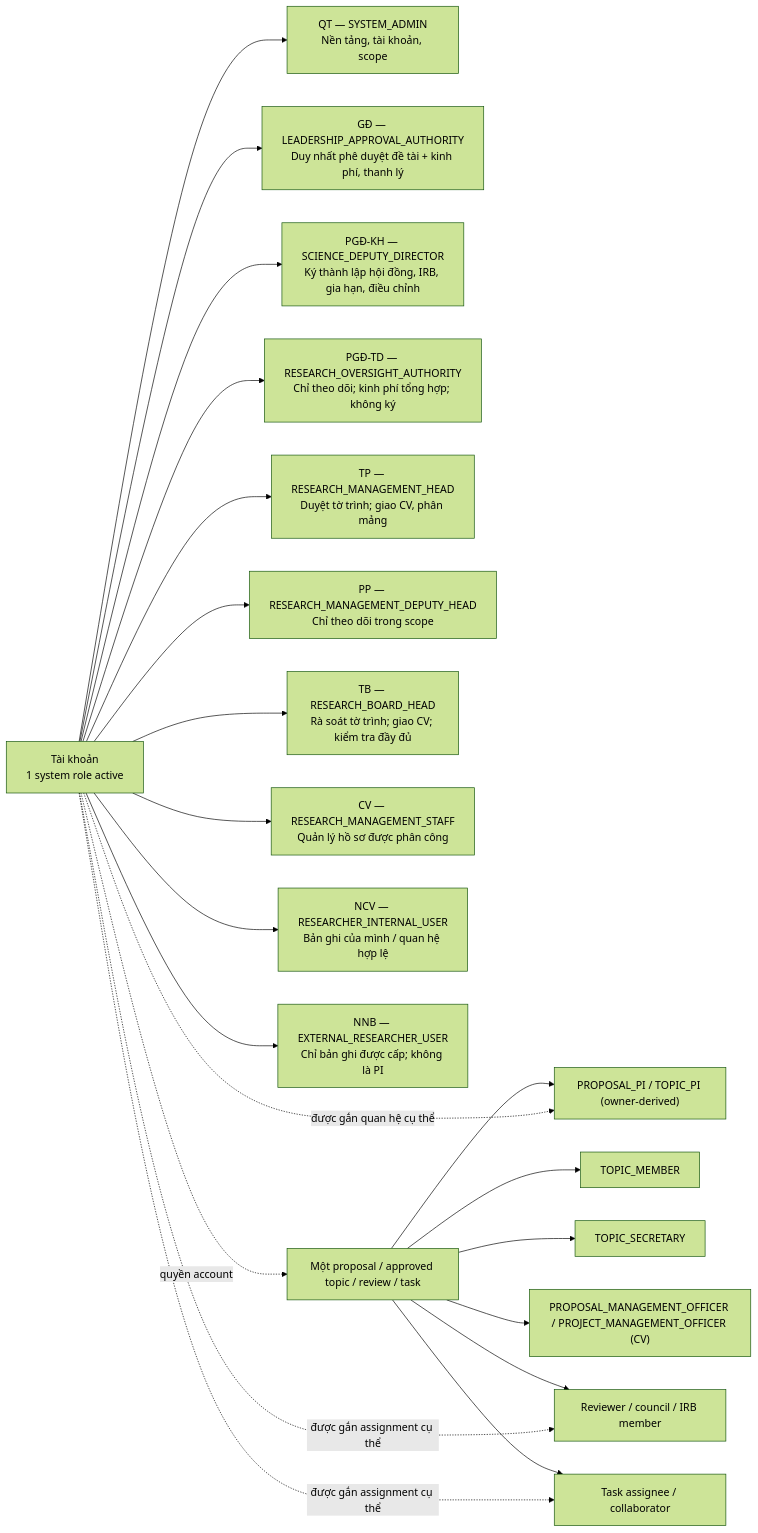
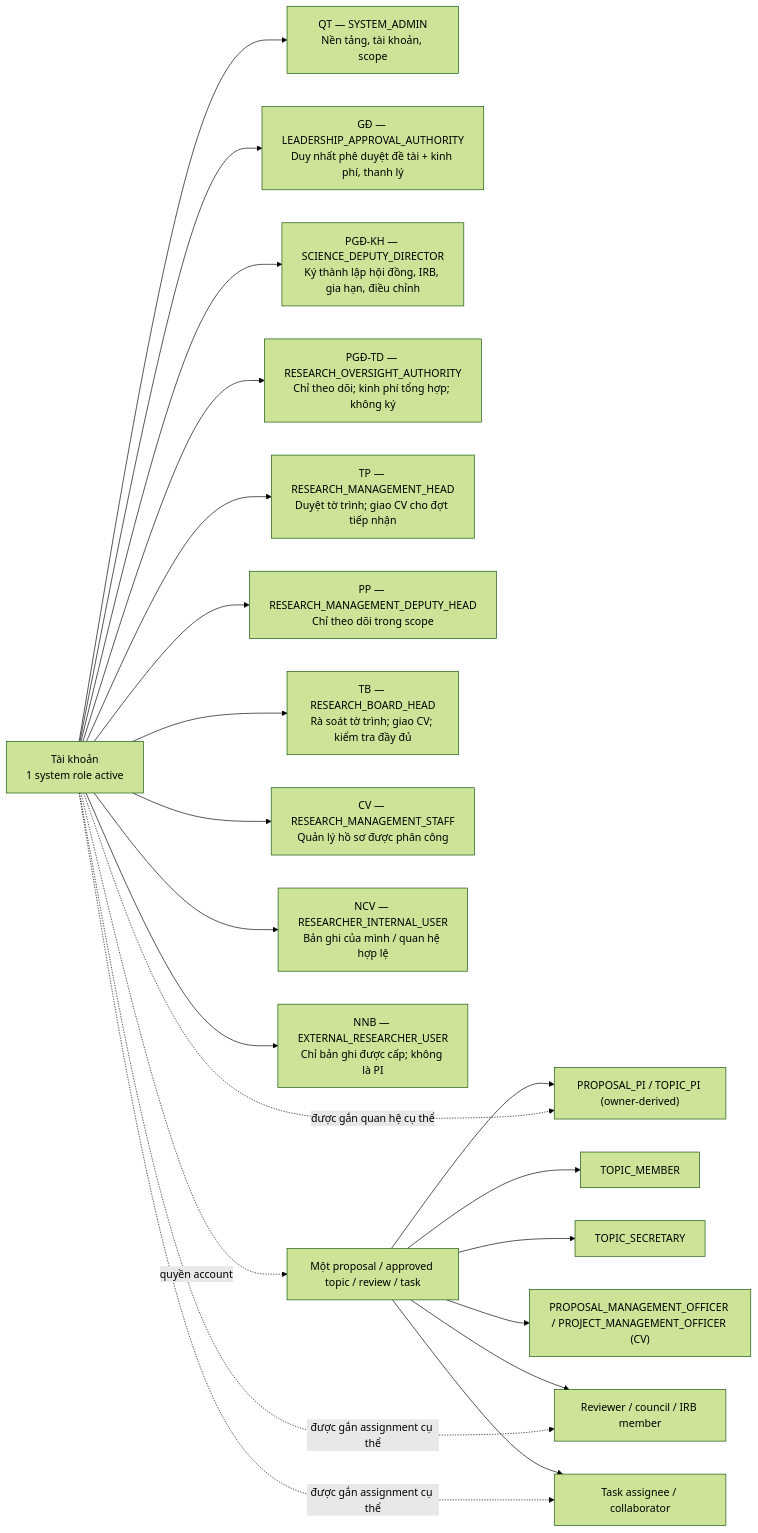
Before and after one commit to thanhdotien278/DocManS: the first of 10 diagrams in docs/user-flows.md, drawn with Mermaid (forest theme). The commit also changed other lines of this file and 24 other files, not shown here.

````diff
--- a/docs/user-flows.md
+++ b/docs/user-flows.md
@@ -35,25 +35,25 @@
 ```mermaid
 flowchart LR
   account["Tài khoản<br/>1 system role active"] --> admin["QT — SYSTEM_ADMIN<br/>Nền tảng, tài khoản, scope"]
   account --> leader["GĐ — LEADERSHIP_APPROVAL_AUTHORITY<br/>Duy nhất phê duyệt đề tài + kinh phí, thanh lý"]
   account --> science["PGĐ-KH — SCIENCE_DEPUTY_DIRECTOR<br/>Ký thành lập hội đồng, IRB, gia hạn, điều chỉnh"]
   account --> oversight["PGĐ-TD — RESEARCH_OVERSIGHT_AUTHORITY<br/>Chỉ theo dõi; kinh phí tổng hợp; không ký"]
-  account --> head["TP — RESEARCH_MANAGEMENT_HEAD<br/>Duyệt tờ trình; giao CV, phân mảng"]
+  account --> head["TP — RESEARCH_MANAGEMENT_HEAD<br/>Duyệt tờ trình; giao CV cho đợt tiếp nhận"]
   account --> deputy["PP — RESEARCH_MANAGEMENT_DEPUTY_HEAD<br/>Chỉ theo dõi trong scope"]
   account --> board["TB — RESEARCH_BOARD_HEAD<br/>Rà soát tờ trình; giao CV; kiểm tra đầy đủ"]
   account --> staff["CV — RESEARCH_MANAGEMENT_STAFF<br/>Quản lý hồ sơ được phân công"]
   account --> internal["NCV — RESEARCHER_INTERNAL_USER<br/>Bản ghi của mình / quan hệ hợp lệ"]
   account --> external["NNB — EXTERNAL_RESEARCHER_USER<br/>Chỉ bản ghi được cấp; không là PI"]
 
   record["Một proposal / approved topic / review / task"] --> pi["PROPOSAL_PI / TOPIC_PI (owner-derived)"]
   record --> member["TOPIC_MEMBER"]
   record --> secretary["TOPIC_SECRETARY"]
   record --> officer["PROPOSAL_MANAGEMENT_OFFICER / PROJECT_MANAGEMENT_OFFICER (CV)"]
   record --> reviewer["Reviewer / council / IRB member"]
   record --> assignee["Task assignee / collaborator"]
 
   account -. "quyền account" .-> record
   account -. "được gắn quan hệ cụ thể" .-> pi
   account -. "được gắn assignment cụ thể" .-> reviewer
   account -. "được gắn assignment cụ thể" .-> assignee
 ```
````
